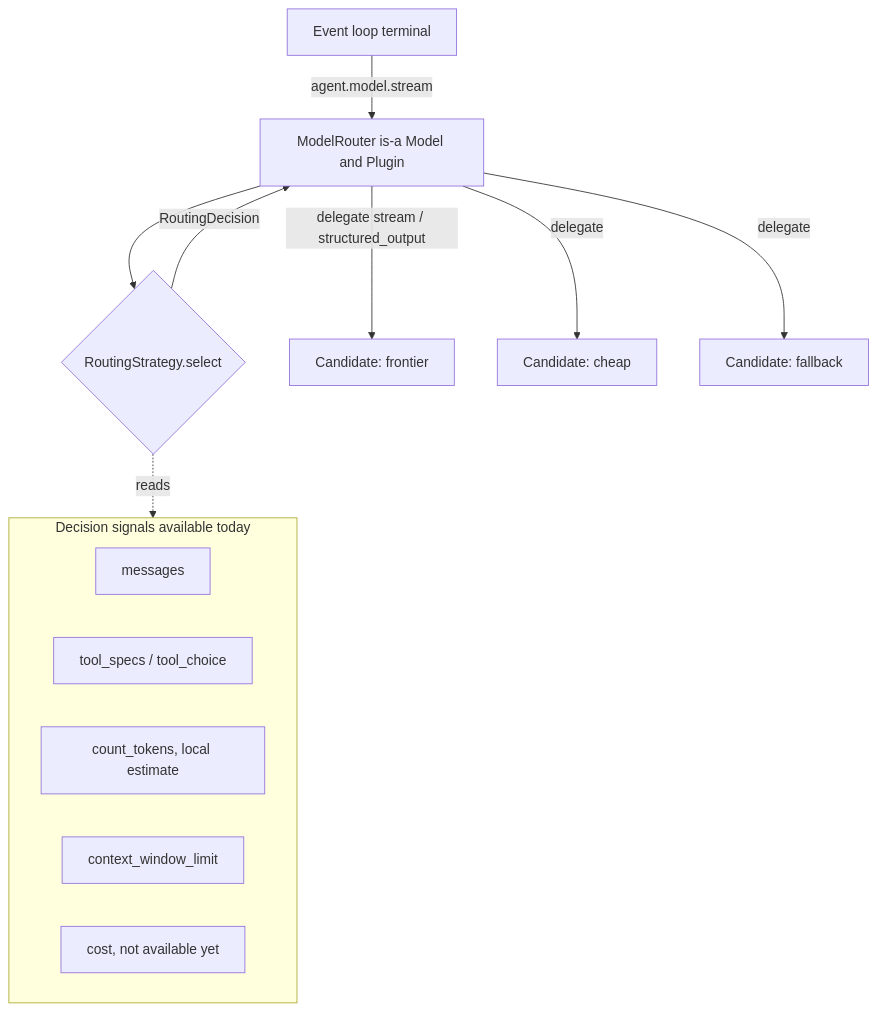
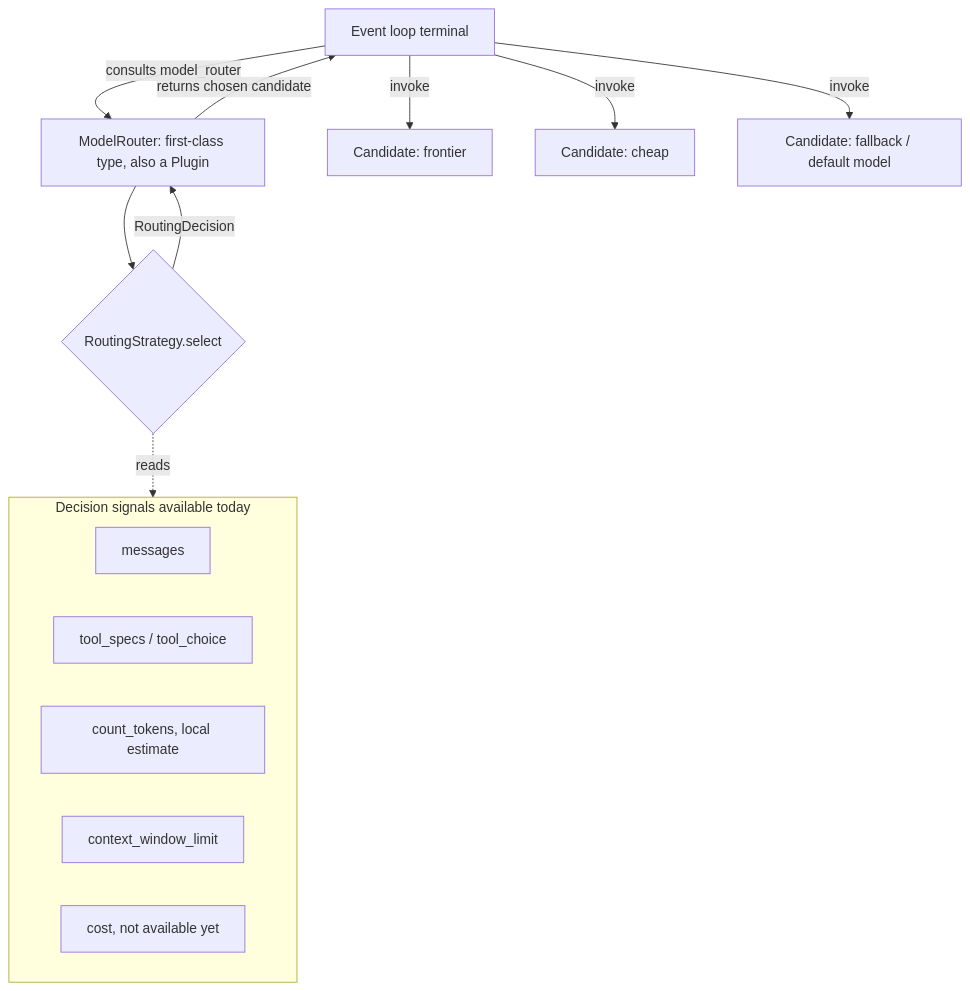
Before and after one commit to strands-agents/sdk-python: the first of 4 diagrams in team/designs/0015-model-routing.md, drawn with Mermaid. The commit also changed other lines of this file, not shown here.

First line of the commit message:
docs(model-routing): make ModelRouter a first-class type via model_router=

````diff
--- a/team/designs/0015-model-routing.md
+++ b/team/designs/0015-model-routing.md
@@ -144,18 +147,19 @@
 ```mermaid
 graph TD
-    EL[Event loop terminal] -->|agent.model.stream| R[ModelRouter is-a Model and Plugin]
+    EL[Event loop terminal] -->|consults model_router| R[ModelRouter: first-class type, also a Plugin]
     R --> ST{RoutingStrategy.select}
     ST -->|RoutingDecision| R
-    R -->|delegate stream / structured_output| C1[Candidate: frontier]
-    R -->|delegate| C2[Candidate: cheap]
-    R -->|delegate| C3[Candidate: fallback]
+    R -->|returns chosen candidate| EL
+    EL -->|invoke| C1[Candidate: frontier]
+    EL -->|invoke| C2[Candidate: cheap]
+    EL -->|invoke| C3[Candidate: fallback / default model]
 
     subgraph SIG[Decision signals available today]
         S1[messages]
         S2[tool_specs / tool_choice]
         S3[count_tokens, local estimate]
         S4[context_window_limit]
         S5[cost, not available yet]
     end
     ST -.reads.-> SIG
 ```
````
